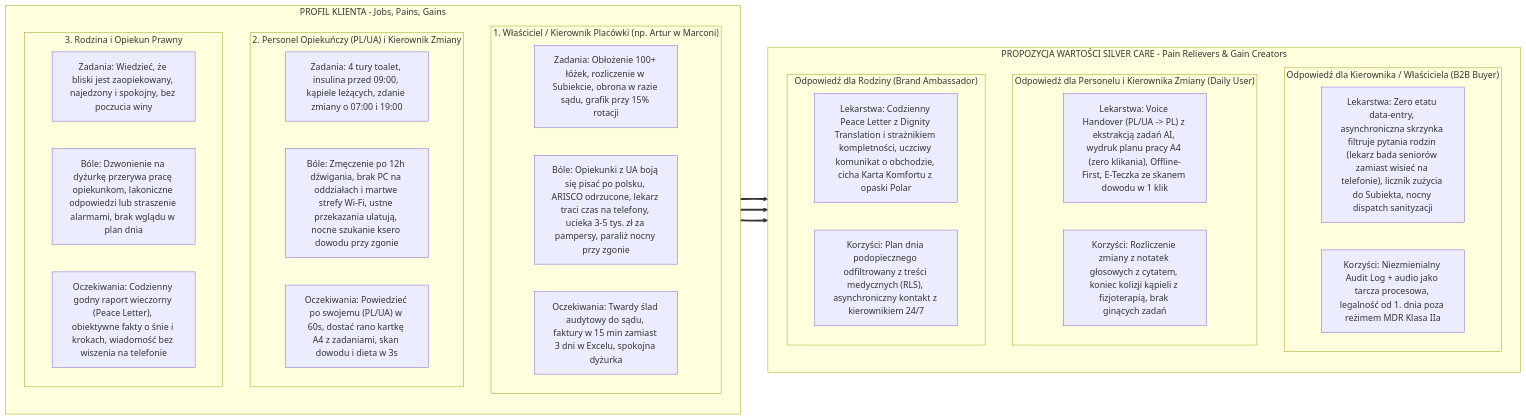
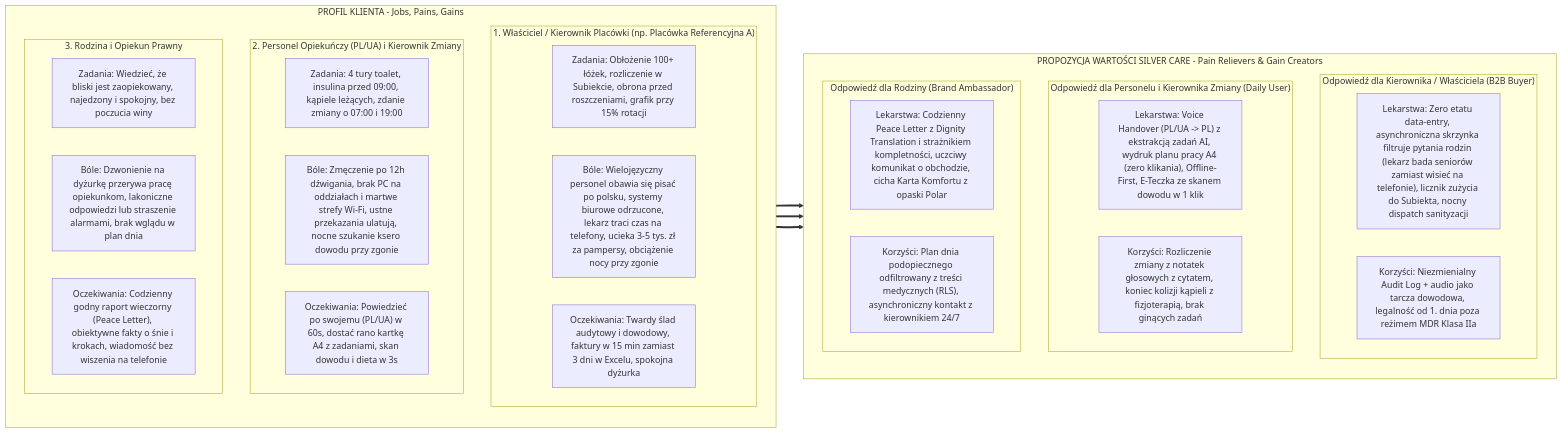
Before and after one commit to aiprojectmanagersznurowski-afk/silver_care: the fifth of 5 diagrams in docs/Product_discovery/00_STRATEGIA_I_MAPOWANIE_KONKURENCJI.md, drawn with Mermaid. The commit also changed other lines of this file and 13 other files, not shown here.

Commit message:
docs: anonimizacja materiałów Product Discovery (Placówka Referencyjna A) i korekta linków/terminologii

````diff
--- a/docs/Product_discovery/00_STRATEGIA_I_MAPOWANIE_KONKURENCJI.md
+++ b/docs/Product_discovery/00_STRATEGIA_I_MAPOWANIE_KONKURENCJI.md
@@ -225,45 +225,45 @@
 ```mermaid
 flowchart LR
     subgraph CustomerProfiles["PROFIL KLIENTA - Jobs, Pains, Gains"]
         direction TB
-        subgraph P_Dir["1. Właściciel / Kierownik Placówki (np. Artur w Marconi)"]
-            J_Dir["Zadania: Obłożenie 100+ łóżek, rozliczenie w Subiekcie, obrona w razie sądu, grafik przy 15% rotacji"]
-            Pain_Dir["Bóle: Opiekunki z UA boją się pisać po polsku, ARISCO odrzucone, lekarz traci czas na telefony, ucieka 3-5 tys. zł za pampersy, paraliż nocny przy zgonie"]
-            Gain_Dir["Oczekiwania: Twardy ślad audytowy do sądu, faktury w 15 min zamiast 3 dni w Excelu, spokojna dyżurka"]
+        subgraph P_Dir["1. Właściciel / Kierownik Placówki (np. Placówka Referencyjna A)"]
+            J_Dir["Zadania: Obłożenie 100+ łóżek, rozliczenie w Subiekcie, obrona przed roszczeniami, grafik przy 15% rotacji"]
+            Pain_Dir["Bóle: Wielojęzyczny personel obawia się pisać po polsku, systemy biurowe odrzucone, lekarz traci czas na telefony, ucieka 3-5 tys. zł za pampersy, obciążenie nocy przy zgonie"]
+            Gain_Dir["Oczekiwania: Twardy ślad audytowy i dowodowy, faktury w 15 min zamiast 3 dni w Excelu, spokojna dyżurka"]
         end
 
         subgraph P_Staff["2. Personel Opiekuńczy (PL/UA) i Kierownik Zmiany"]
             J_Staff["Zadania: 4 tury toalet, insulina przed 09:00, kąpiele leżących, zdanie zmiany o 07:00 i 19:00"]
             Pain_Staff["Bóle: Zmęczenie po 12h dźwigania, brak PC na oddziałach i martwe strefy Wi-Fi, ustne przekazania ulatują, nocne szukanie ksero dowodu przy zgonie"]
             Gain_Staff["Oczekiwania: Powiedzieć po swojemu (PL/UA) w 60s, dostać rano kartkę A4 z zadaniami, skan dowodu i dieta w 3s"]
         end
 
         subgraph P_Fam["3. Rodzina i Opiekun Prawny"]
             J_Fam["Zadania: Wiedzieć, że bliski jest zaopiekowany, najedzony i spokojny, bez poczucia winy"]
             Pain_Fam["Bóle: Dzwonienie na dyżurkę przerywa pracę opiekunkom, lakoniczne odpowiedzi lub straszenie alarmami, brak wglądu w plan dnia"]
             Gain_Fam["Oczekiwania: Codzienny godny raport wieczorny (Peace Letter), obiektywne fakty o śnie i krokach, wiadomość bez wiszenia na telefonie"]
         end
     end
 
     subgraph ValueMap["PROPOZYCJA WARTOŚCI SILVER CARE - Pain Relievers & Gain Creators"]
         direction TB
         subgraph V_Dir_Out["Odpowiedź dla Kierownika / Właściciela (B2B Buyer)"]
             VR_Dir["Lekarstwa: Zero etatu data-entry, asynchroniczna skrzynka filtruje pytania rodzin (lekarz bada seniorów zamiast wisieć na telefonie), licznik zużycia do Subiekta, nocny dispatch sanityzacji"]
-            VG_Dir["Korzyści: Niezmienialny Audit Log + audio jako tarcza procesowa, legalność od 1. dnia poza reżimem MDR Klasa IIa"]
+            VG_Dir["Korzyści: Niezmienialny Audit Log + audio jako tarcza dowodowa, legalność od 1. dnia poza reżimem MDR Klasa IIa"]
         end
 
         subgraph V_Staff_Out["Odpowiedź dla Personelu i Kierownika Zmiany (Daily User)"]
             VR_Staff["Lekarstwa: Voice Handover (PL/UA -> PL) z ekstrakcją zadań AI, wydruk planu pracy A4 (zero klikania), Offline-First, E-Teczka ze skanem dowodu w 1 klik"]
             VG_Staff["Korzyści: Rozliczenie zmiany z notatek głosowych z cytatem, koniec kolizji kąpieli z fizjoterapią, brak ginących zadań"]
         end
 
         subgraph V_Fam_Out["Odpowiedź dla Rodziny (Brand Ambassador)"]
             VR_Fam["Lekarstwa: Codzienny Peace Letter z Dignity Translation i strażnikiem kompletności, uczciwy komunikat o obchodzie, cicha Karta Komfortu z opaski Polar"]
             VG_Fam["Korzyści: Plan dnia podopiecznego odfiltrowany z treści medycznych (RLS), asynchroniczny kontakt z kierownikiem 24/7"]
         end
     end
 
     P_Dir ==> V_Dir_Out
     P_Staff ==> V_Staff_Out
     P_Fam ==> V_Fam_Out
 ```
````
